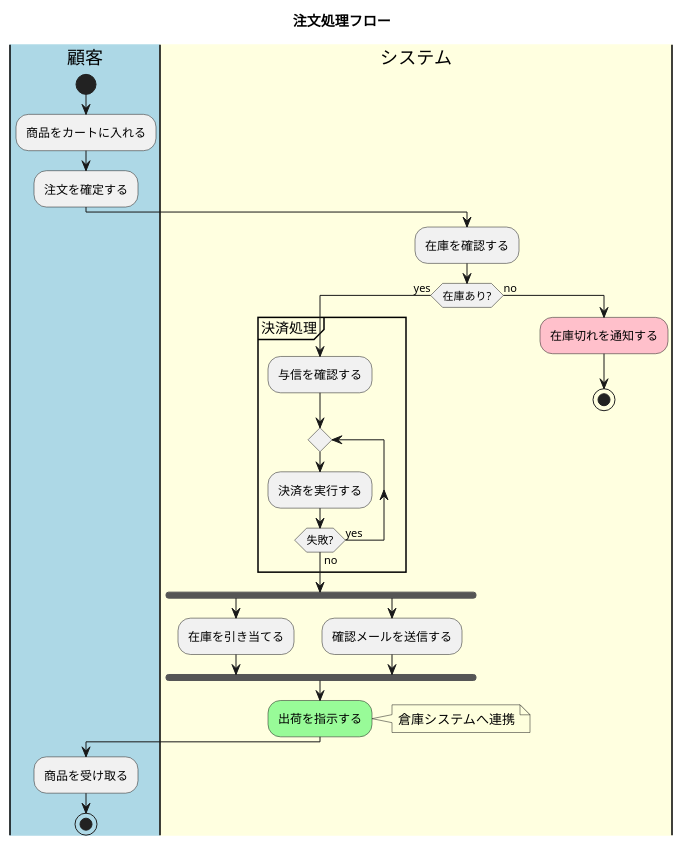
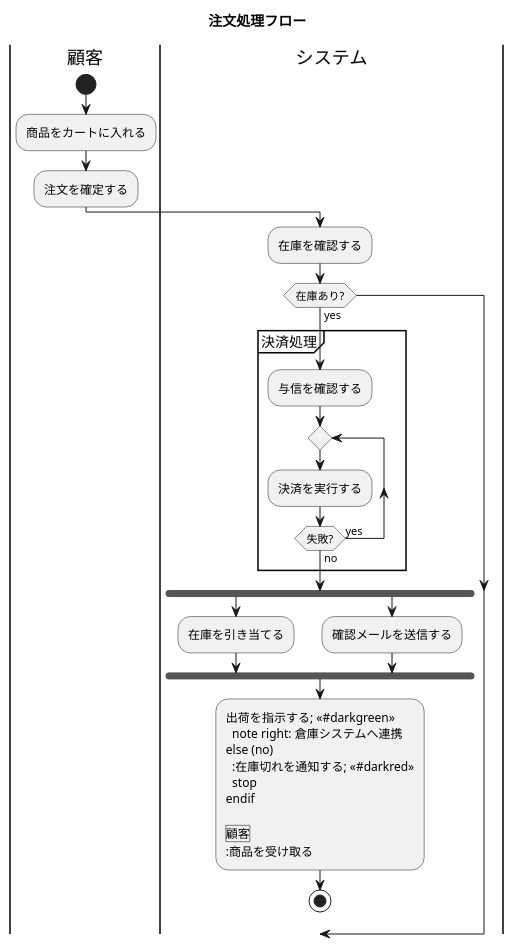
One commit to morststs/sirusita changed the diagram in contents/PlantUML アクティビティ図.md. Above: the diagram before and after it, drawn with PlantUML. The commit also changed other lines of this file and 14 other files, not shown here.

First line of the commit message:
feat: PlantUML の図をプレビューに表示

````diff
--- a/contents/PlantUML アクティビティ図.md
+++ b/contents/PlantUML アクティビティ図.md
@@ -80,35 +80,35 @@
 ```plantuml
 @startuml
 title 注文処理フロー
 
-|#lightblue|顧客|
+|顧客|
 start
 :商品をカートに入れる;
 :注文を確定する;
 
-|#lightyellow|システム|
+|システム|
 :在庫を確認する;
 if (在庫あり?) then (yes)
   partition 決済処理 {
     :与信を確認する;
     repeat
       :決済を実行する;
     repeat while (失敗?) is (yes) not (no)
   }
   fork
     :在庫を引き当てる;
   fork again
     :確認メールを送信する;
   end fork
-  #palegreen:出荷を指示する;
+  :出荷を指示する; <<#darkgreen>>
   note right: 倉庫システムへ連携
 else (no)
-  #pink:在庫切れを通知する;
+  :在庫切れを通知する; <<#darkred>>
   stop
 endif
 
 |顧客|
 :商品を受け取る;
 stop
 @enduml
 ```
````
